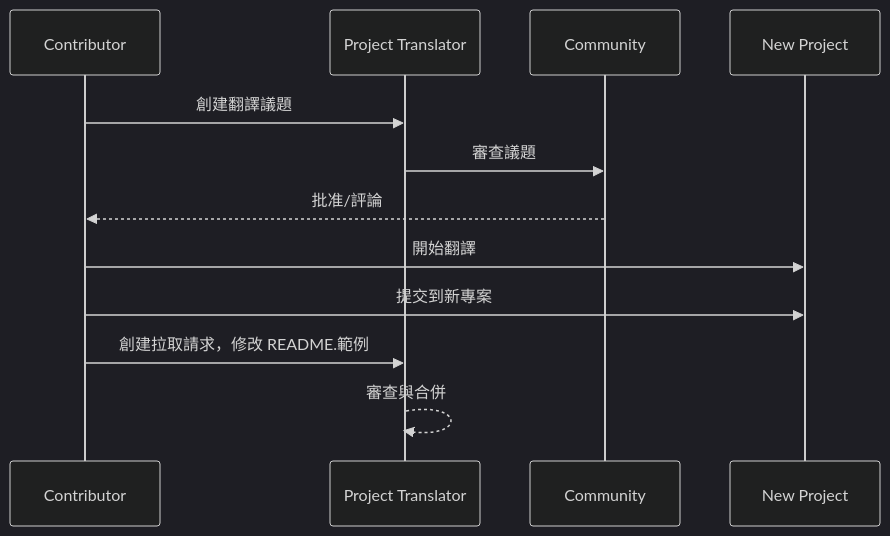
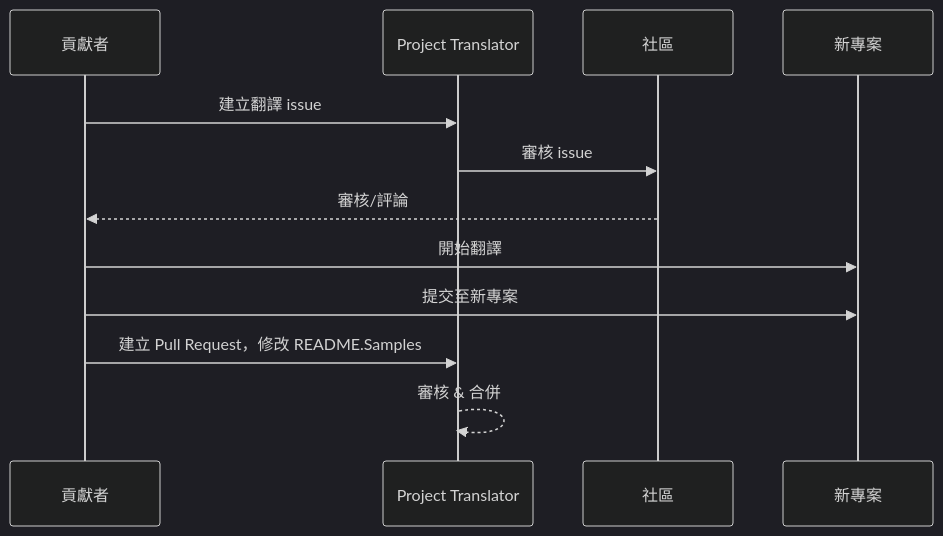
Before and after one commit to Project-Translation/project_translator: the diagram in readmes/README.zh-tw.md, drawn with Mermaid (dark theme). The commit also changed other lines of this file and 34 other files, not shown here.

````diff
--- a/readmes/README.zh-tw.md
+++ b/readmes/README.zh-tw.md
@@ -42,10 +42,10 @@
 ```mermaid
 sequenceDiagram
-  Contributor->>Project Translator: 創建翻譯議題
-  Project Translator->>Community: 審查議題
-  Community-->>Contributor: 批准/評論
-  Contributor->>New Project: 開始翻譯
-  Contributor->>New Project: 提交到新專案
-  Contributor->>Project Translator: 創建拉取請求，修改 README.範例
-  Project Translator-->>Project Translator: 審查與合併
+  貢獻者->>Project Translator: 建立翻譯 issue
+  Project Translator->>社區: 審核 issue
+  社區-->>貢獻者: 審核/評論
+  貢獻者->>新專案: 開始翻譯
+  貢獻者->>新專案: 提交至新專案
+  貢獻者->>Project Translator: 建立 Pull Request，修改 README.Samples
+  Project Translator-->>Project Translator: 審核 & 合併
 ```
````
